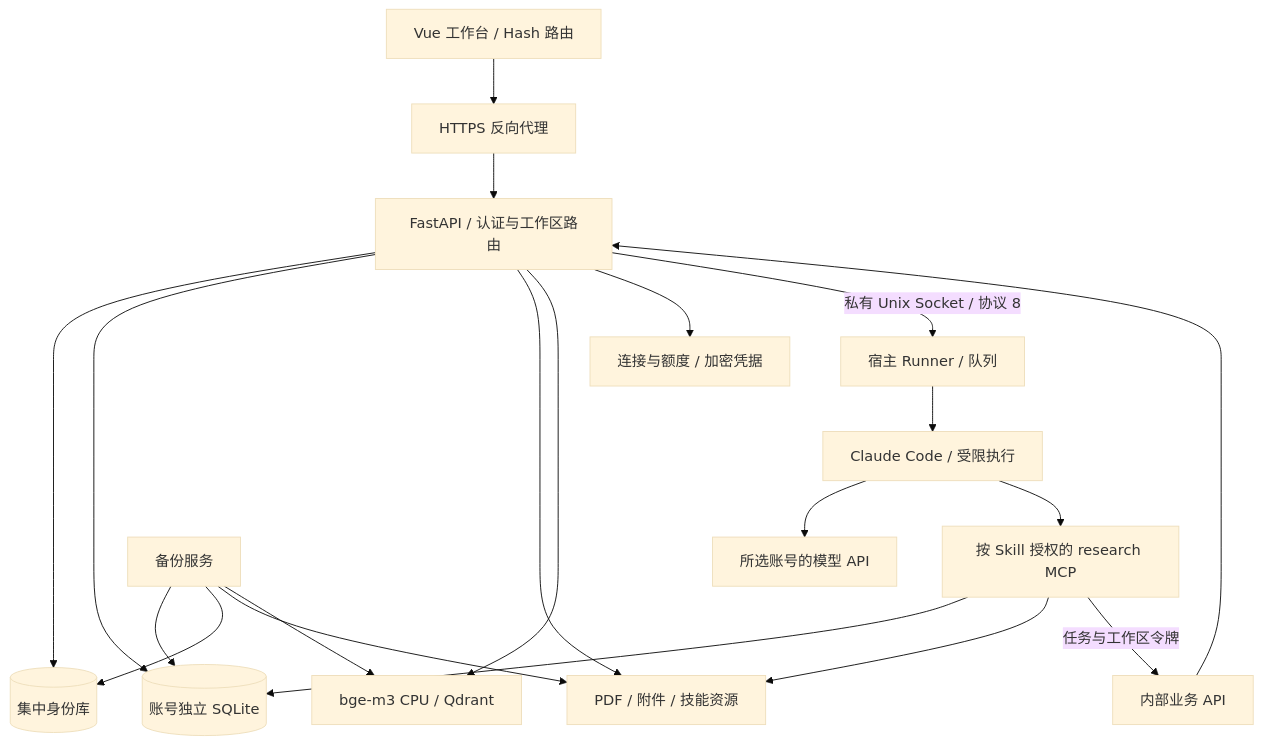
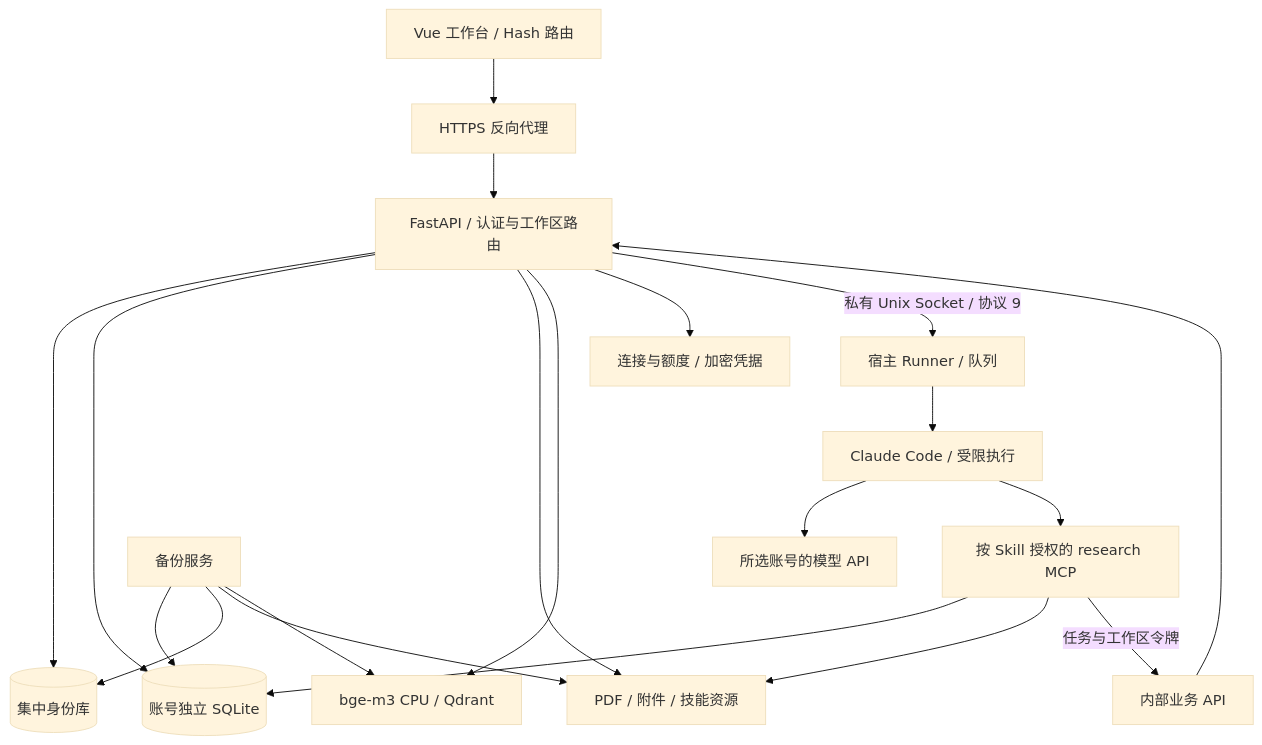
The first of 2 diagrams in docs/架构.md (FallrainKing/Firework), drawn with Mermaid (base theme) before and after one commit. The commit also changed other lines of this file and 43 other files, not shown here.

````diff
--- a/docs/架构.md
+++ b/docs/架构.md
@@ -18,22 +18,22 @@
 ```mermaid
 flowchart TD
     Browser[Vue 工作台 / Hash 路由] --> HTTPS[HTTPS 反向代理]
     HTTPS --> API[FastAPI / 认证与工作区路由]
     API --> Identity[(集中身份库)]
     API --> DB[(账号独立 SQLite)]
     API --> Files[PDF / 附件 / 技能资源]
     API --> RAG[bge-m3 CPU / Qdrant]
     API --> Config[连接与额度 / 加密凭据]
-    API -->|私有 Unix Socket / 协议 8| Runner[宿主 Runner / 队列]
+    API -->|私有 Unix Socket / 协议 9| Runner[宿主 Runner / 队列]
     Runner --> CLI[Claude Code / 受限执行]
     CLI --> Provider[所选账号的模型 API]
     CLI --> MCP[按 Skill 授权的 research MCP]
     MCP --> DB
     MCP --> Files
     MCP -->|任务与工作区令牌| Internal[内部业务 API]
     Internal --> API
     Backup[备份服务] --> DB
     Backup --> Identity
     Backup --> Files
     Backup --> RAG
 ```
````
